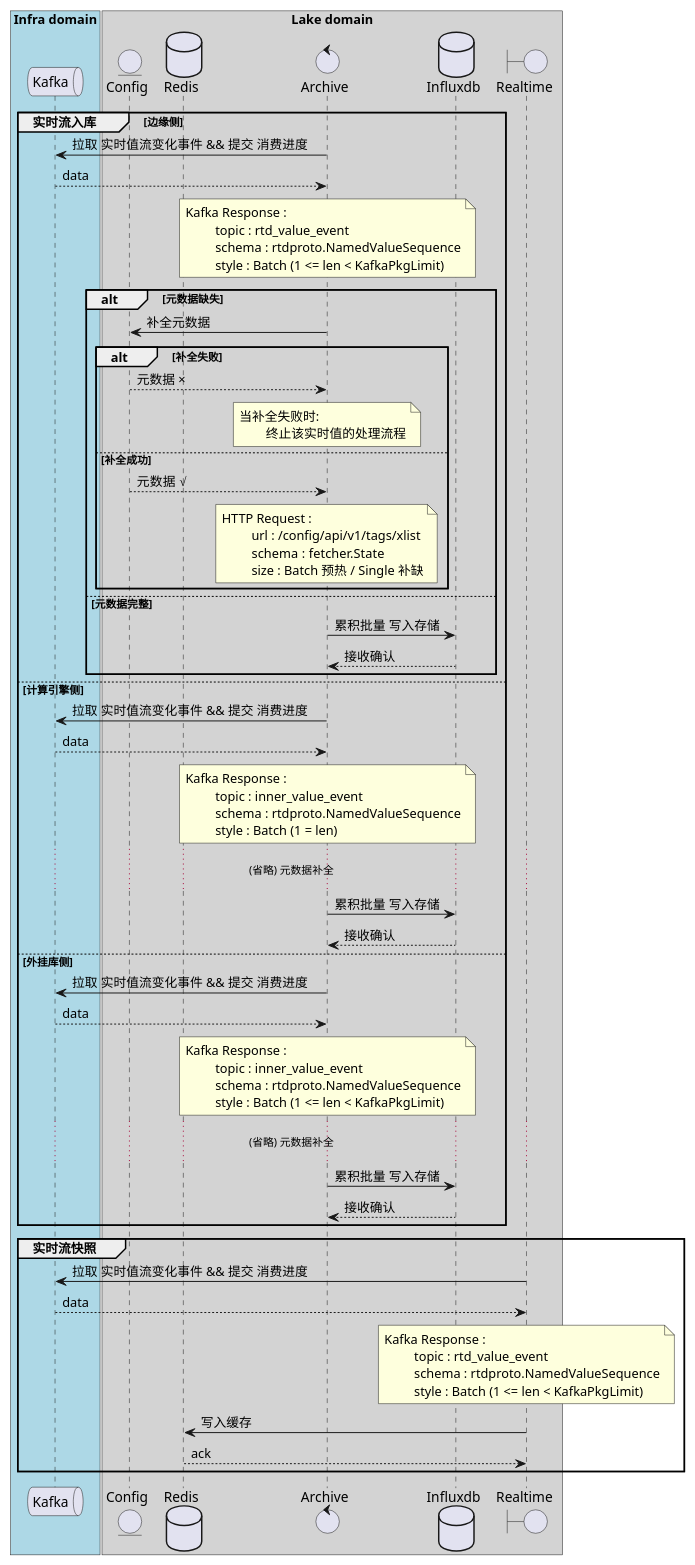
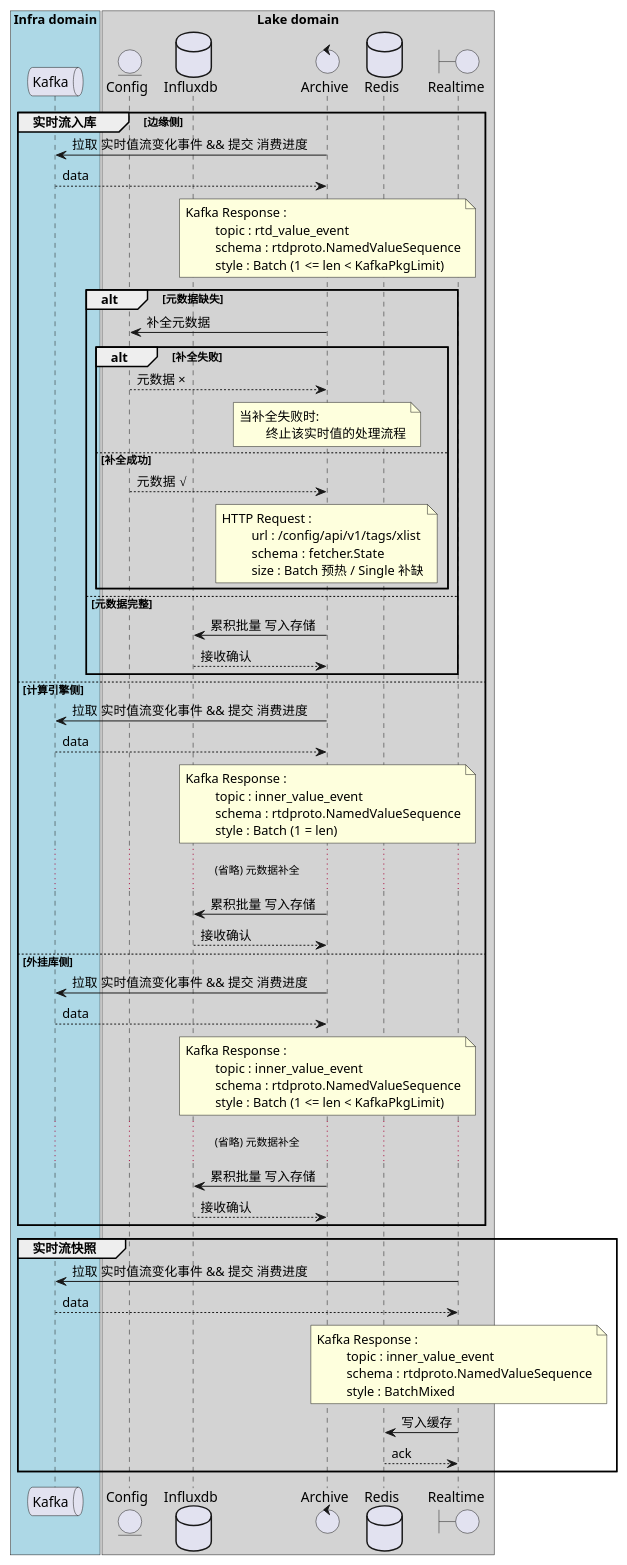
Before and after one commit to zhangli2946/skills: the diagram in c4model/digital_factory/platform/datalake/usecase/valueStream.puml, drawn with PlantUML.

```diff
--- a/c4model/digital_factory/platform/datalake/usecase/valueStream.puml
+++ b/c4model/digital_factory/platform/datalake/usecase/valueStream.puml
@@ -1,83 +1,83 @@
 @startuml
 
 box "Infra domain" #LightBlue
     queue Kafka as K order 2
 end box
 
 box "Lake domain" #lightGray
     boundary Realtime as R order 11
-    control Archive as A order 9
-    database Influxdb as I order 10
+    control Archive as A order 10
+    database Influxdb as I order 9
     entity Config as C order 8
-    database Redis as D order 8
+    database Redis as D order 10
 end box
 
 group 实时流入库 [边缘侧]
     A -> K : 拉取 实时值流变化事件 && 提交 消费进度
     return data
     note over A
         Kafka Response :
         \t topic : rtd_value_event
         \t schema : rtdproto.NamedValueSequence
         \t style : Batch (1 <= len < KafkaPkgLimit)
     end note
     alt 元数据缺失
         A -> C : 补全元数据
         alt 补全失败
             C --> A : 元数据 ×
             note over A
                 当补全失败时:
                 \t终止该实时值的处理流程
             end note
         else 补全成功
             C --> A : 元数据 √
             note over A
                 HTTP Request :
                 \t url : /config/api/v1/tags/xlist
                 \t schema : fetcher.State
                 \t size : Batch 预热 / Single 补缺
             end note
         end
     else 元数据完整
         A -> I : 累积批量 写入存储
         return 接收确认
     end alt
 else 计算引擎侧
     A -> K : 拉取 实时值流变化事件 && 提交 消费进度
     return data
     note over A
         Kafka Response :
         \t topic : inner_value_event
         \t schema : rtdproto.NamedValueSequence
         \t style : Batch (1 = len)
     end note
     ... (省略) 元数据补全 ...
     A -> I : 累积批量 写入存储
     return 接收确认
 else 外挂库侧
     A -> K : 拉取 实时值流变化事件 && 提交 消费进度
     return data
     note over A
         Kafka Response :
         \t topic : inner_value_event
         \t schema : rtdproto.NamedValueSequence
         \t style : Batch (1 <= len < KafkaPkgLimit)
     end note
     ... (省略) 元数据补全 ...
     A -> I : 累积批量 写入存储
     return 接收确认
 end group
 
 group 实时流快照
     R -> K : 拉取 实时值流变化事件 && 提交 消费进度
     return data
     note over R
         Kafka Response :
-        \t topic : rtd_value_event
+        \t topic : inner_value_event
         \t schema : rtdproto.NamedValueSequence
-        \t style : Batch (1 <= len < KafkaPkgLimit)
+        \t style : BatchMixed
     end note
     R -> D : 写入缓存
     return ack
 end group
 @enduml
```
